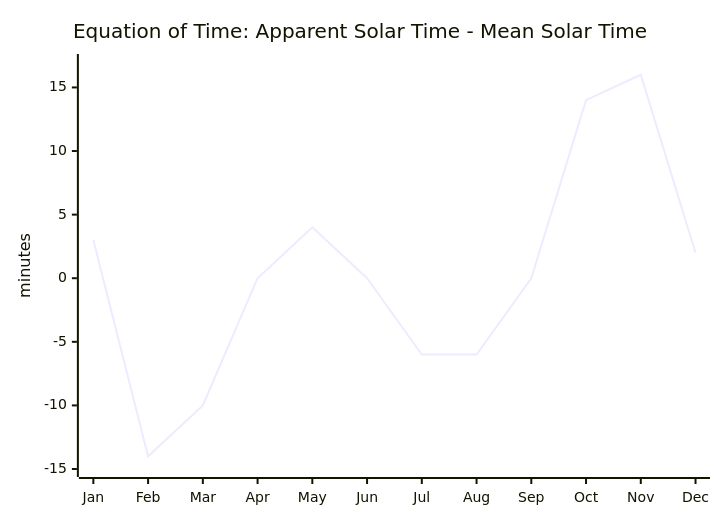
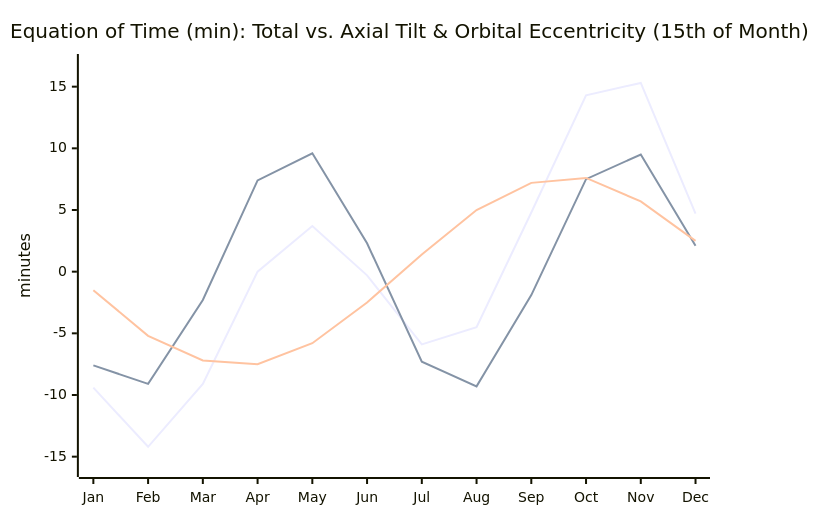
One commit to jasonmc/noon changed the first of 2 diagrams in README.md. Above: the diagram before and after it, drawn with Mermaid. The commit also changed other lines of this file, not shown here.

Commit message:
Improve README math documentation and Mermaid charts

````diff
--- a/README.md
+++ b/README.md
@@ -82,7 +95,9 @@
 ```mermaid
 xychart-beta
-    title "Equation of Time: Apparent Solar Time - Mean Solar Time"
+    title "Equation of Time (min): Total vs. Axial Tilt & Orbital Eccentricity (15th of Month)"
     x-axis ["Jan", "Feb", "Mar", "Apr", "May", "Jun", "Jul", "Aug", "Sep", "Oct", "Nov", "Dec"]
-    y-axis "minutes" -15 --> 17
-    line [3, -14, -10, 0, 4, 0, -6, -6, 0, 14, 16, 2]
+    y-axis "minutes" -16 --> 17
+    line [-9.4, -14.2, -9.1, 0.0, 3.7, -0.3, -5.9, -4.5, 4.8, 14.3, 15.3, 4.7]
+    line [-7.6, -9.1, -2.3, 7.4, 9.6, 2.3, -7.3, -9.3, -1.9, 7.5, 9.5, 2.1]
+    line [-1.5, -5.2, -7.2, -7.5, -5.8, -2.5, 1.4, 5.0, 7.2, 7.6, 5.7, 2.5]
 ```
````
